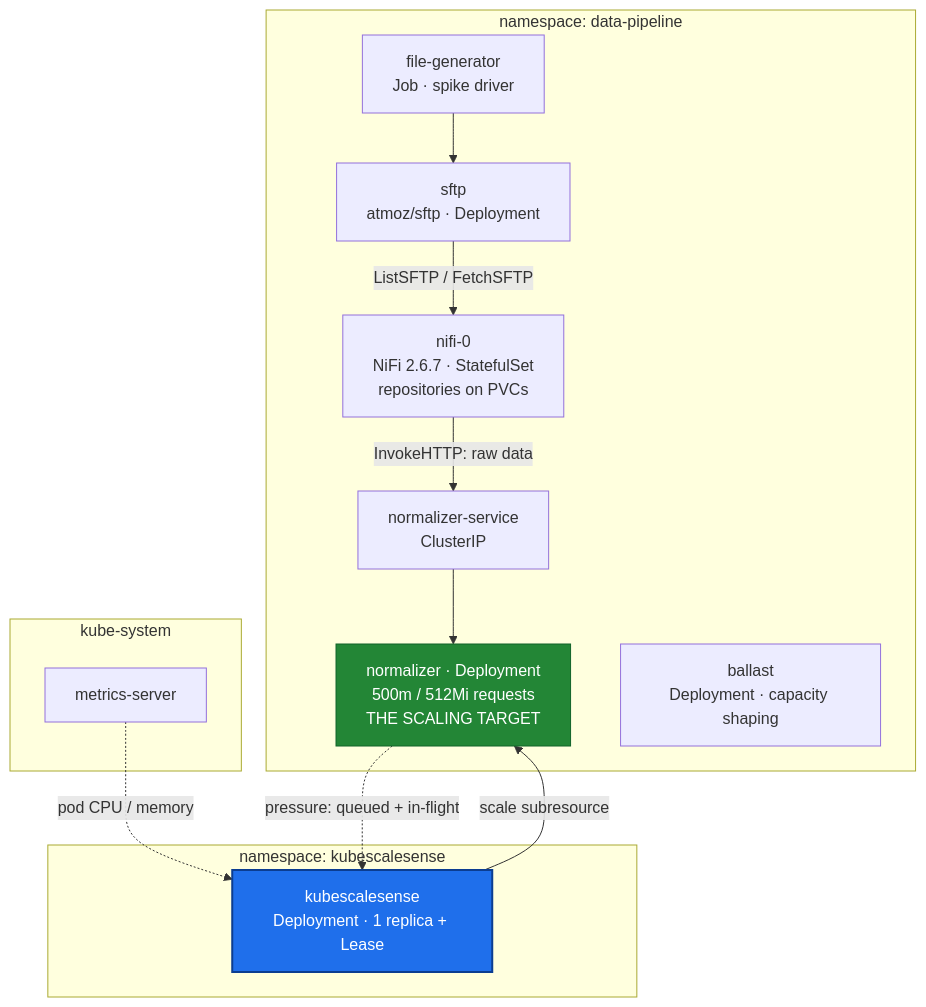
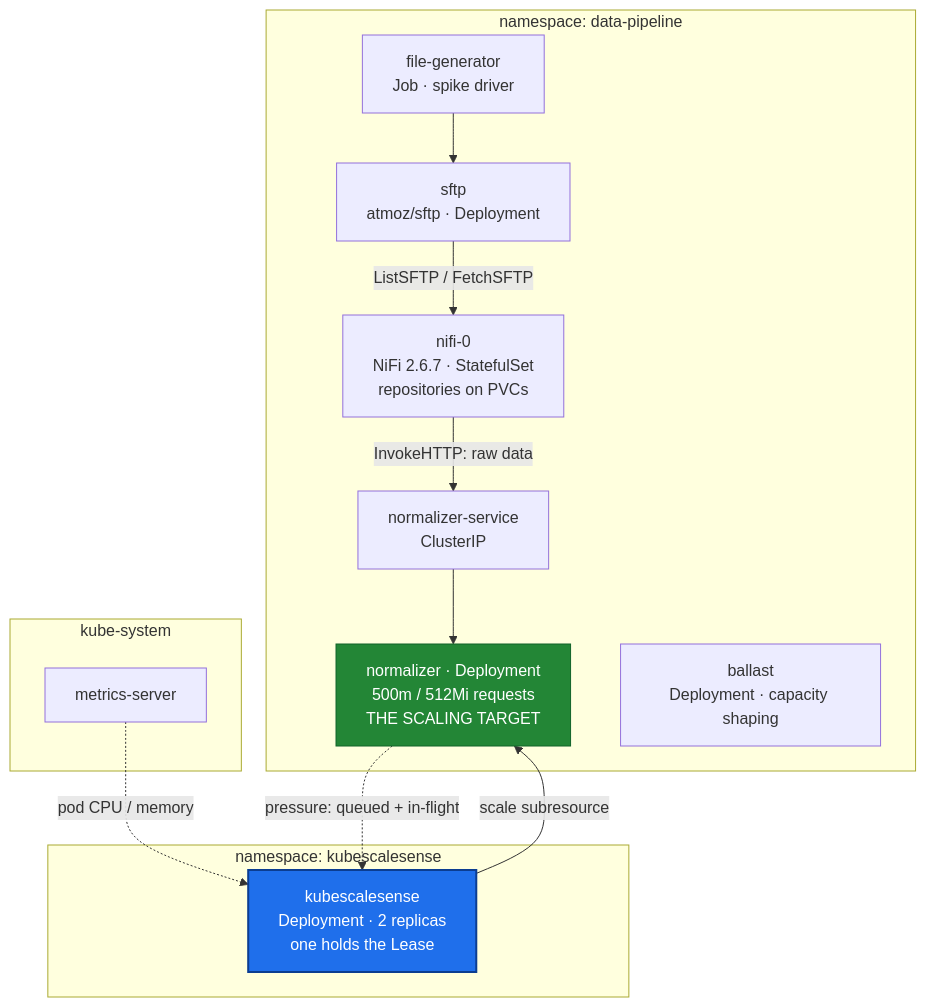
One commit to jensilin/KubeScaleSense changed the eighth of 9 diagrams in docs/architecture.md. Above: the diagram before and after it, drawn with Mermaid. The commit also changed other lines of this file and 22 other files, not shown here.

````diff
--- a/docs/architecture.md
+++ b/docs/architecture.md
@@ -1393,32 +1403,32 @@
 ```mermaid
 flowchart TB
     subgraph N1["namespace: data-pipeline"]
         SFTP["sftp<br/>atmoz/sftp · Deployment"]
         NIFI["nifi-0<br/>NiFi 2.6.7 · StatefulSet<br/>repositories on PVCs"]
         SVC["normalizer-service<br/>ClusterIP"]
         NORM["normalizer · Deployment<br/>500m / 512Mi requests<br/>THE SCALING TARGET"]
         GEN["file-generator<br/>Job · spike driver"]
         BAL["ballast<br/>Deployment · capacity shaping"]
     end
 
     subgraph N2["namespace: kubescalesense"]
-        KSS["kubescalesense<br/>Deployment · 1 replica + Lease"]
+        KSS["kubescalesense<br/>Deployment · 2 replicas<br/>one holds the Lease"]
     end
 
     subgraph N3["kube-system"]
         MS["metrics-server"]
     end
 
     GEN --> SFTP
     SFTP -->|ListSFTP / FetchSFTP| NIFI
     NIFI -->|"InvokeHTTP: raw data"| SVC
     SVC --> NORM
     NORM -.->|"pressure: queued + in-flight"| KSS
     MS -.->|"pod CPU / memory"| KSS
     KSS -->|"scale subresource"| NORM
 
     classDef ctrl fill:#1f6feb,color:#fff,stroke:#0b3d91,stroke-width:2px
     classDef target fill:#238636,color:#fff,stroke:#116329
     class KSS ctrl
     class NORM target
 ```
````
